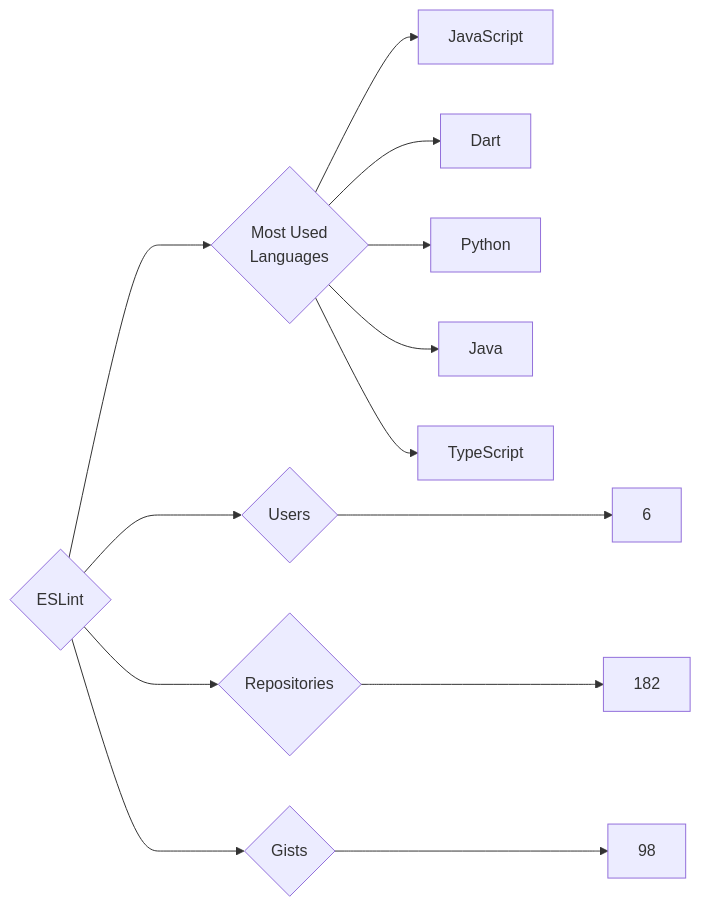
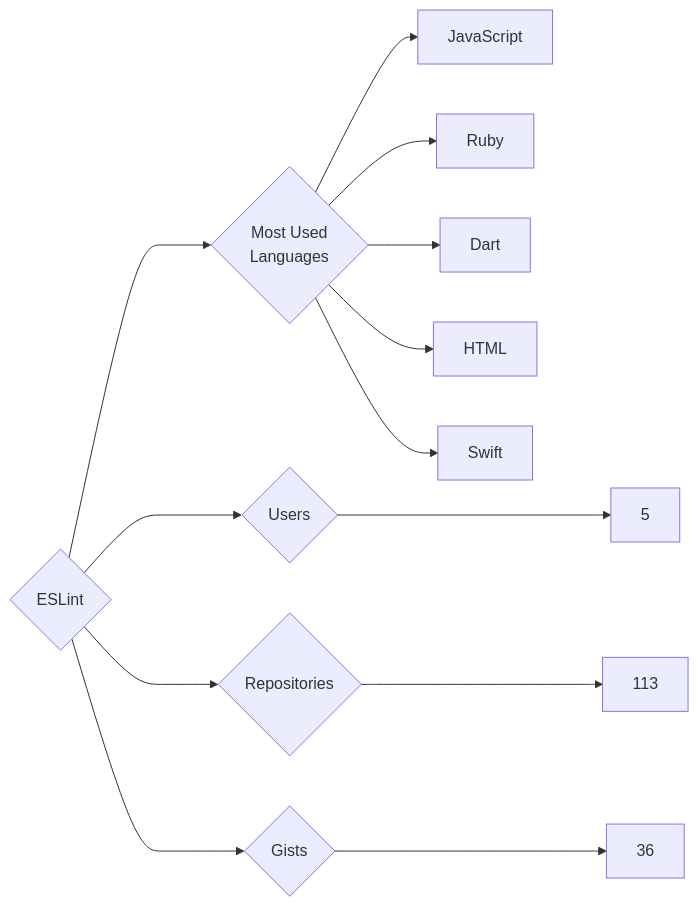
Before and after one commit to trickest/insiders: the diagram in targets/ESLint/README.md, drawn with Mermaid. The commit also changed 1007 other files, not shown here.

````diff
--- a/targets/ESLint/README.md
+++ b/targets/ESLint/README.md
@@ -3,13 +3,13 @@
 ```mermaid
 graph LR
 COMPANY_NAME{ESLint}
-COMPANY_NAME ---> U{Users} ---> UN[6]
-COMPANY_NAME ---> R{Repositories} ---> RN[182]
-COMPANY_NAME ---> G{Gists} ---> GN[98]
+COMPANY_NAME ---> U{Users} ---> UN[5]
+COMPANY_NAME ---> R{Repositories} ---> RN[113]
+COMPANY_NAME ---> G{Gists} ---> GN[36]
 COMPANY_NAME ---> ML{Most Used<br>Languages}
 ML --> JavaScript[JavaScript]
+ML --> Ruby[Ruby]
 ML --> Dart[Dart]
-ML --> Python[Python]
-ML --> Java[Java]
-ML --> TypeScript[TypeScript]
+ML --> HTML[HTML]
+ML --> Swift[Swift]
 ```
````
